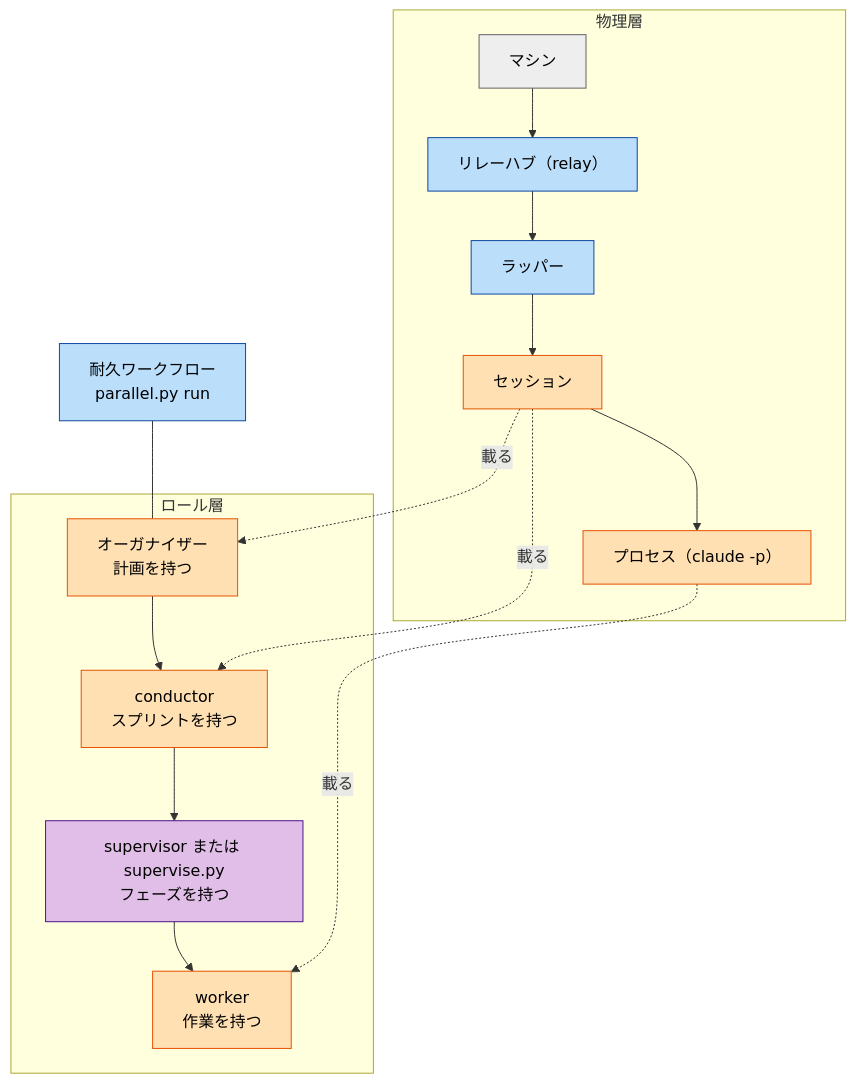
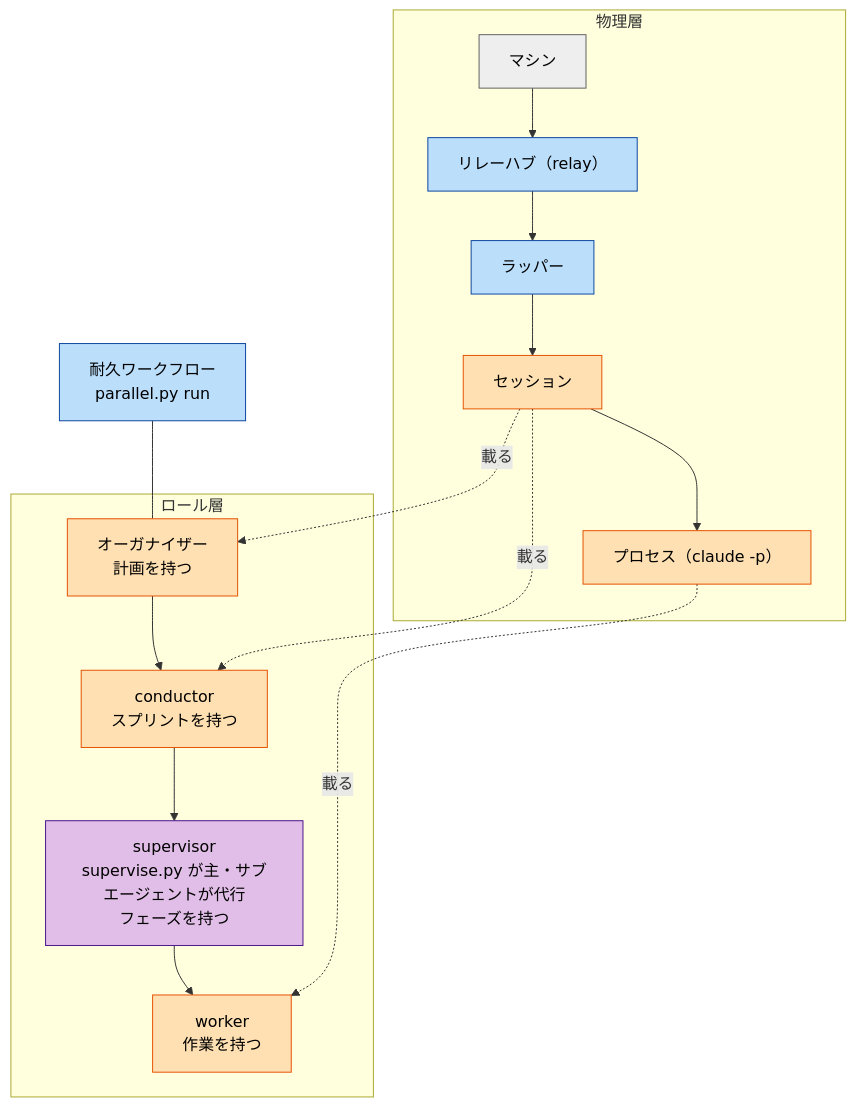
Before and after one commit to devbasex/ai-plugins: the second of 4 diagrams in docs/ndf-parallel-model.md, drawn with Mermaid. The commit also changed other lines of this file, not shown here.

First line of the commit message:
Docs: supervisor の役割は supervise.py が主に担い、サブエージェントは代行と定める

````diff
--- a/docs/ndf-parallel-model.md
+++ b/docs/ndf-parallel-model.md
@@ -73,21 +73,21 @@
 ```mermaid
 flowchart TB
     subgraph IN["物理層"]
         M["マシン"] --> HUB["リレーハブ（relay）"] --> WR["ラッパー"] --> SE["セッション"] --> PR["プロセス（claude -p）"]
     end
     subgraph RO["ロール層"]
-        OR["オーガナイザー<br/>計画を持つ"] --> CO["conductor<br/>スプリントを持つ"] --> SU["supervisor または supervise.py<br/>フェーズを持つ"] --> WO["worker<br/>作業を持つ"]
+        OR["オーガナイザー<br/>計画を持つ"] --> CO["conductor<br/>スプリントを持つ"] --> SU["supervisor<br/>supervise.py が主・サブエージェントが代行<br/>フェーズを持つ"] --> WO["worker<br/>作業を持つ"]
     end
     SE -.->|"載る"| OR
     SE -.->|"載る"| CO
     PR -.->|"載る"| WO
     DW["耐久ワークフロー<br/>parallel.py run"] --- OR
     classDef ai fill:#ffe0b2,stroke:#e65100,color:#000
     classDef script fill:#bbdefb,stroke:#0d47a1,color:#000
     classDef mixed fill:#e1bee7,stroke:#4a148c,color:#000
     classDef other fill:#eeeeee,stroke:#616161,color:#000
     class SE,PR,OR,CO,WO ai
     class HUB,WR,DW script
     class SU mixed
     class M other
 ```
````
